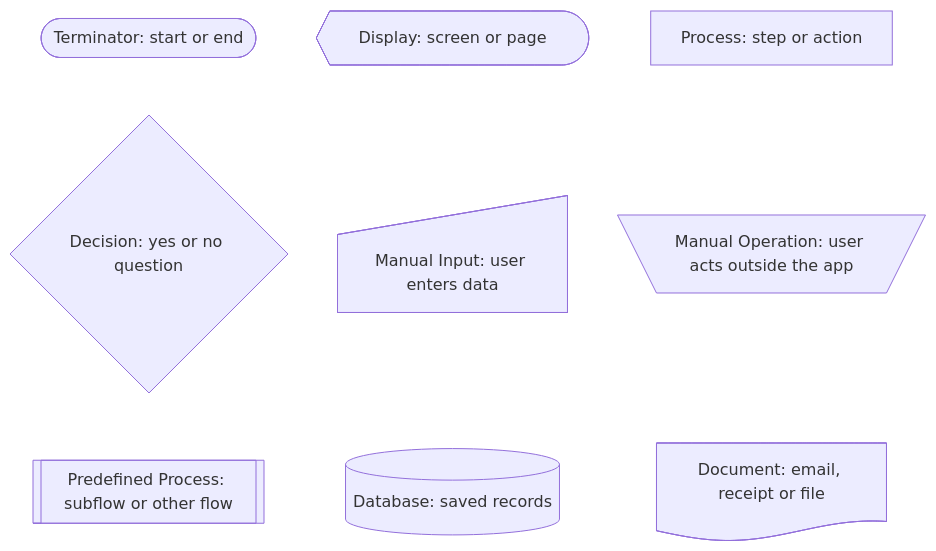
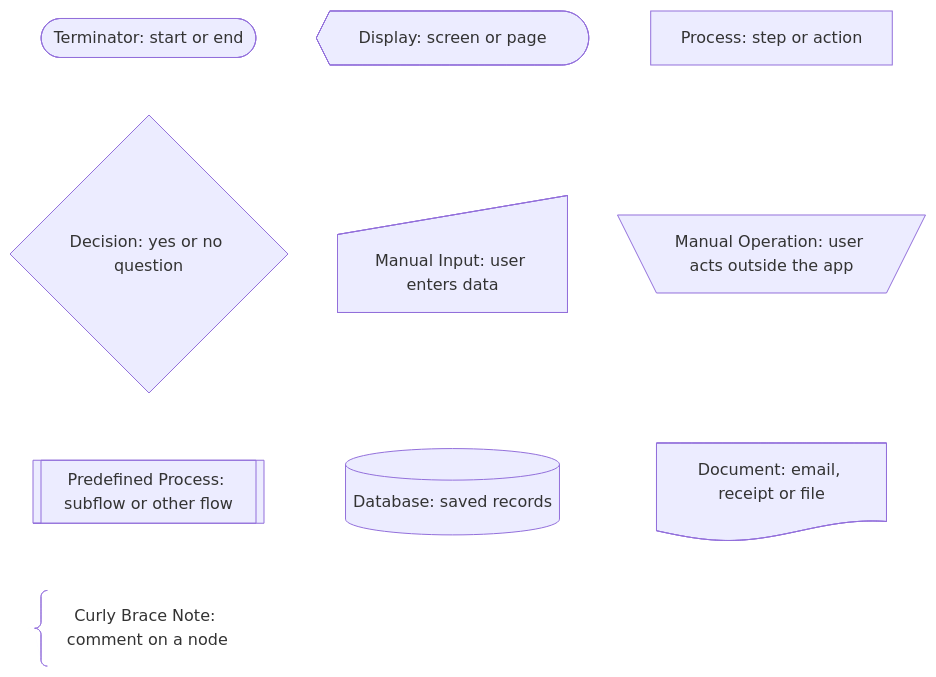
The second of 4 diagrams in references/diagrams.md (yoursharif/mermaid-userflow-diagram), drawn with Mermaid before and after one commit. The commit also changed other lines of this file and 1 other file, not shown here.

First line of the commit message:
Add notes where flows hide a rule or limit

````diff
--- a/references/diagrams.md
+++ b/references/diagrams.md
@@ -51,19 +53,21 @@
 ```mermaid
 flowchart TD
   lgTerminator@{ shape: stadium, label: "Terminator: start or end" }
   lgDisplay@{ shape: curv-trap, label: "Display: screen or page" }
   lgProcess@{ shape: rect, label: "Process: step or action" }
   lgDecision@{ shape: diam, label: "Decision: yes or no question" }
   lgManualInput@{ shape: sl-rect, label: "Manual Input: user enters data" }
   lgManualOperation@{ shape: trap-t, label: "Manual Operation: user acts outside the app" }
   lgPredefinedProcess@{ shape: fr-rect, label: "Predefined Process: subflow or other flow" }
   lgDatabase@{ shape: cyl, label: "Database: saved records" }
   lgDocument@{ shape: doc, label: "Document: email, receipt or file" }
+  lgCurlyBraceNote@{ shape: brace, label: "Curly Brace Note: comment on a node" }
 
   lgTerminator ~~~ lgDecision
   lgDisplay ~~~ lgManualInput
   lgProcess ~~~ lgManualOperation
   lgDecision ~~~ lgPredefinedProcess
   lgManualInput ~~~ lgDatabase
   lgManualOperation ~~~ lgDocument
+  lgPredefinedProcess ~~~ lgCurlyBraceNote
 ```
````
